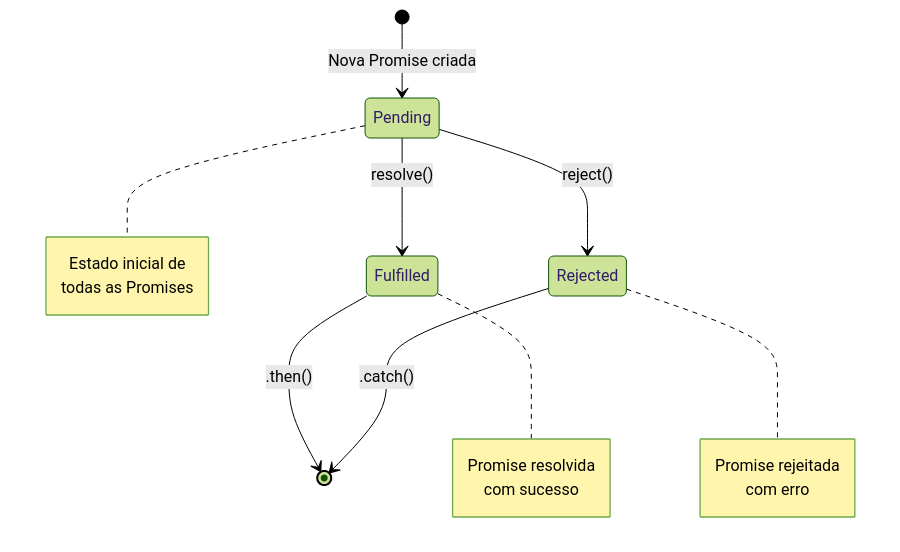
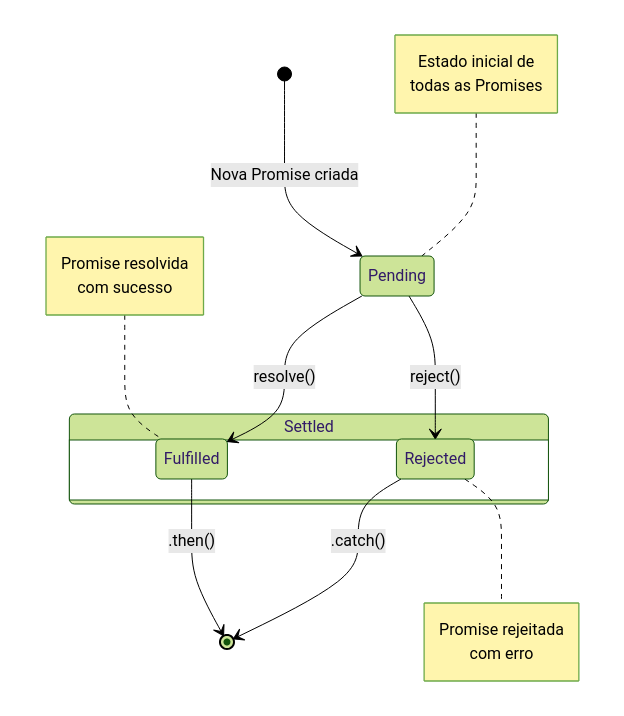
Before and after one commit to rgomide/programacao-web-js: the diagram in 02-programacao-assincrona/README.md, drawn with Mermaid (forest theme). The commit also changed other lines of this file and 4 other files, not shown here.

````diff
--- a/02-programacao-assincrona/README.md
+++ b/02-programacao-assincrona/README.md
@@ -70,25 +71,30 @@
 ```mermaid
 stateDiagram-v2
     [*] --> Pending: Nova Promise criada
+    
+    state Settled {
+        Fulfilled
+        Rejected
+    }
     
     Pending --> Fulfilled: resolve()
     Pending --> Rejected: reject()
     
     Fulfilled --> [*]: .then()
     Rejected --> [*]: .catch()
     
-    note right of Pending
+    note left of Pending
         Estado inicial de
         todas as Promises
     end note
     
-    note right of Fulfilled
+    note left of Fulfilled
         Promise resolvida
         com sucesso
     end note
     
     note right of Rejected
         Promise rejeitada
         com erro
     end note
 ```
````
